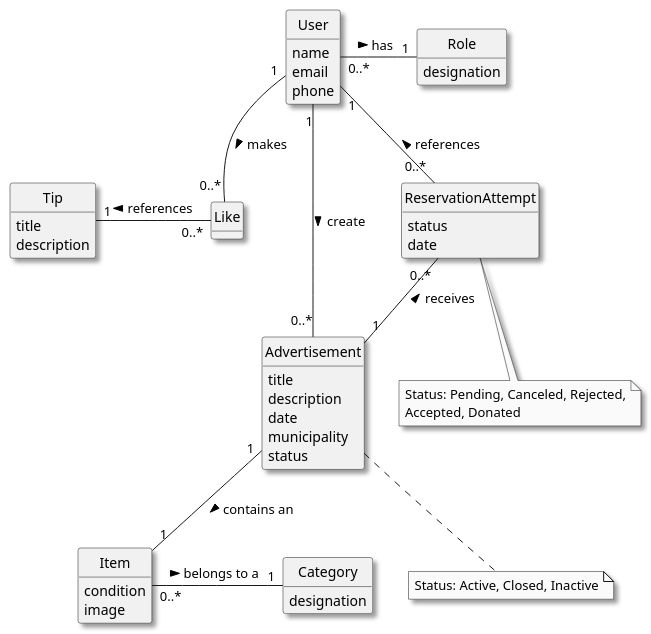
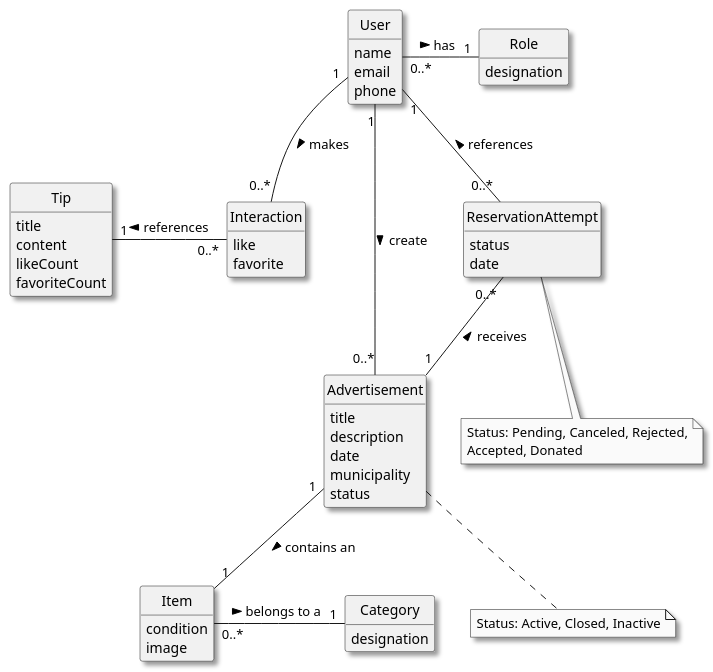
Before and after one commit to vivianeaalmeida/ComeAndGet: the diagram in Docs/global-artifacts/02-analysis/DM.puml, drawn with PlantUML. The commit also changed other lines of this file and 5 other files, not shown here.

```diff
--- a/Docs/global-artifacts/02-analysis/DM.puml
+++ b/Docs/global-artifacts/02-analysis/DM.puml
@@ -3,71 +1,75 @@
 @startuml
 skinparam monochrome true
 skinparam packageStyle rectangle
 skinparam shadowing true
 'skinparam linetype ortho
 skinparam classAttributeIconSize 0
 hide circle
 hide methods
 'left to right direction
 
 class User {
     name
     email
     phone
 }
 
 class Role {
     designation
 }
 
 class Item {
     condition
     image
 }
 
 class Category {
     designation
 }
 
 class Advertisement{
     title
     description
     date
     municipality
     status
     '(active, closed)
 }
 
 class ReservationAttempt {
     status
     '(pending, canceled, rejected, accepted, donated)
     date
 }
 
 
 class Tip {
     title
-    description
+    content
+    likeCount
+    favoriteCount
 }
 
-class Like {
+class Interaction {
+    like
+    favorite
 }
 
 note bottom of ReservationAttempt
 Status: Pending, Canceled, Rejected,
 Accepted, Donated
 endnote
 
 note bottom of Advertisement
 Status: Active, Closed, Inactive
 endnote
 
 Item "0..*" -left- "1" Category : belongs to a \t >
 Advertisement "1" -- "1" Item : contains an \t >
 User "1" -- "0..*" Advertisement : create >
 User "1" -- "0..*" ReservationAttempt : references <
 ReservationAttempt "0..*" -- "1" Advertisement : receives <
-User "1" -- "0..*" Like : makes >
-Like "0..*" -left- "1" Tip : references >
+User "1" -- "0..*" Interaction : makes >
+Interaction "0..*" -left- "1" Tip : references >
 User "0..*" - "1" Role : has \t >
 @enduml
```
